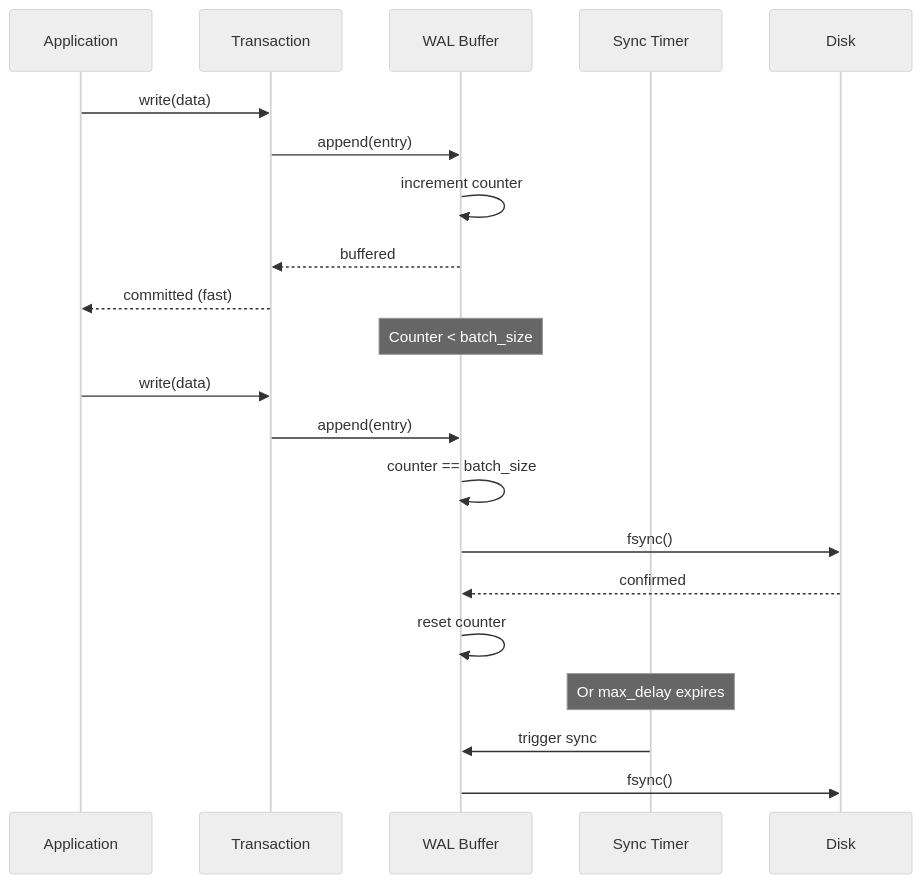
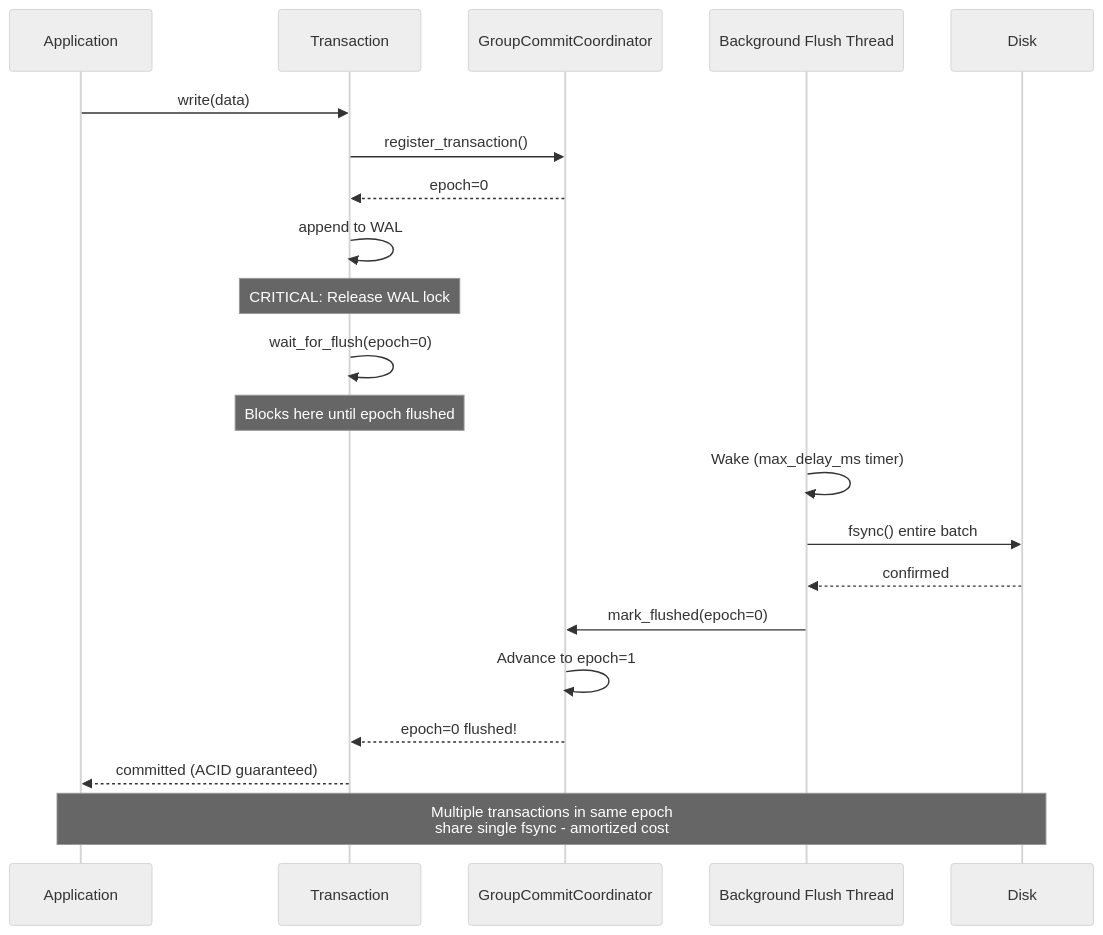
Before and after one commit to autumn-foundation/AletheiaDB: the second of 14 diagrams in docs/architecture/durability-modes.md, drawn with Mermaid (neutral theme). The commit also changed other lines of this file, not shown here.

First line of the commit message:
docs: Update durability-modes.md to reflect GroupCommit implementation

````diff
--- a/docs/architecture/durability-modes.md
+++ b/docs/architecture/durability-modes.md
@@ -39,28 +41,29 @@
 ```mermaid
 sequenceDiagram
     participant App as Application
     participant TX as Transaction
-    participant WAL as WAL Buffer
-    participant Timer as Sync Timer
+    participant Coord as GroupCommitCoordinator
+    participant BG as Background Flush Thread
     participant Disk as Disk
 
     App->>TX: write(data)
-    TX->>WAL: append(entry)
-    WAL->>WAL: increment counter
-    WAL-->>TX: buffered
-    TX-->>App: committed (fast)
+    TX->>Coord: register_transaction()
+    Coord-->>TX: epoch=0
+    TX->>TX: append to WAL
 
-    Note over WAL: Counter < batch_size
+    Note over TX: CRITICAL: Release WAL lock
 
-    App->>TX: write(data)
-    TX->>WAL: append(entry)
-    WAL->>WAL: counter == batch_size
+    TX->>TX: wait_for_flush(epoch=0)
+    Note over TX: Blocks here until epoch flushed
 
-    WAL->>Disk: fsync()
-    Disk-->>WAL: confirmed
-    WAL->>WAL: reset counter
+    BG->>BG: Wake (max_delay_ms timer)
+    BG->>Disk: fsync() entire batch
+    Disk-->>BG: confirmed
+    BG->>Coord: mark_flushed(epoch=0)
+    Coord->>Coord: Advance to epoch=1
+    Coord-->>TX: epoch=0 flushed!
 
-    Note over Timer: Or max_delay expires
-    Timer->>WAL: trigger sync
-    WAL->>Disk: fsync()
+    TX-->>App: committed (ACID guaranteed)
+
+    Note over App,Disk: Multiple transactions in same epoch<br/>share single fsync - amortized cost
 ```
````
